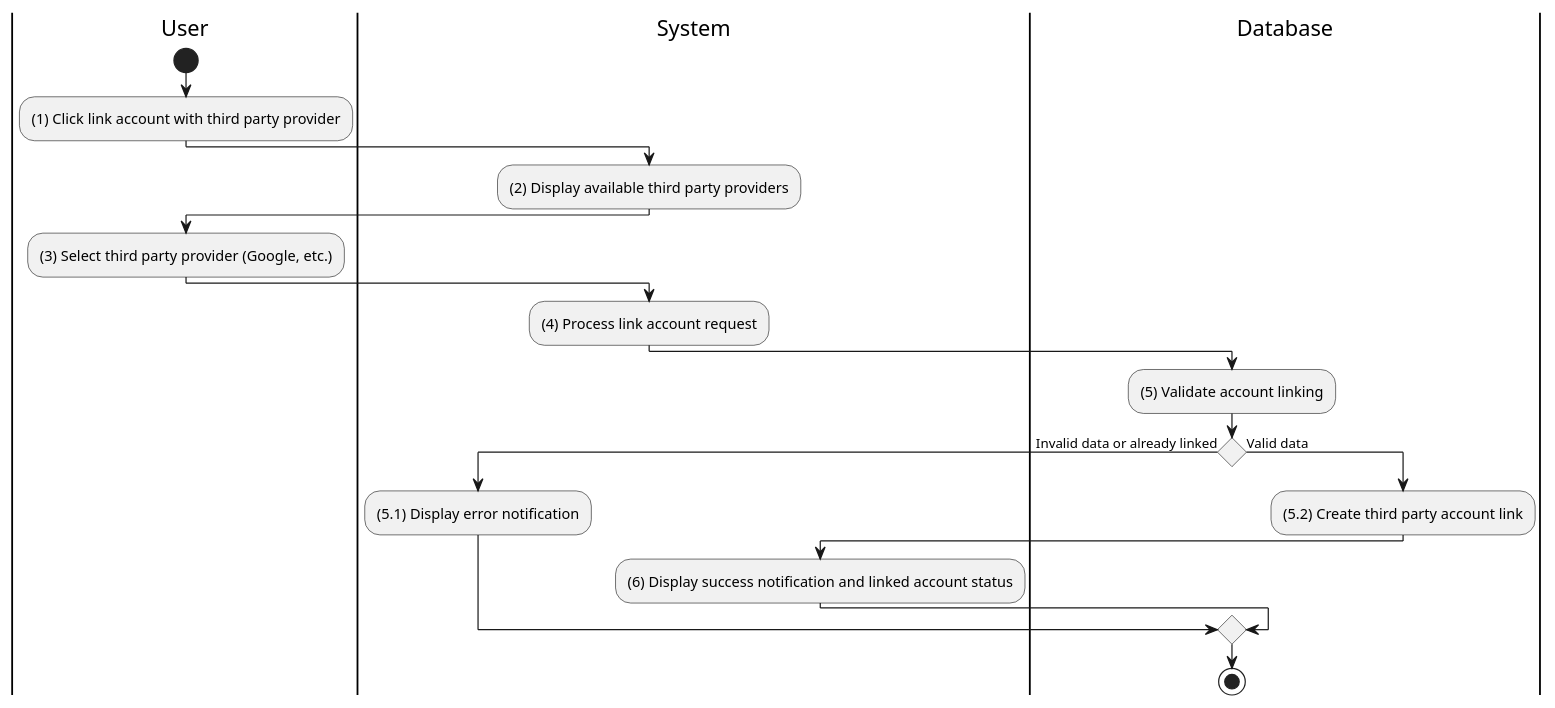
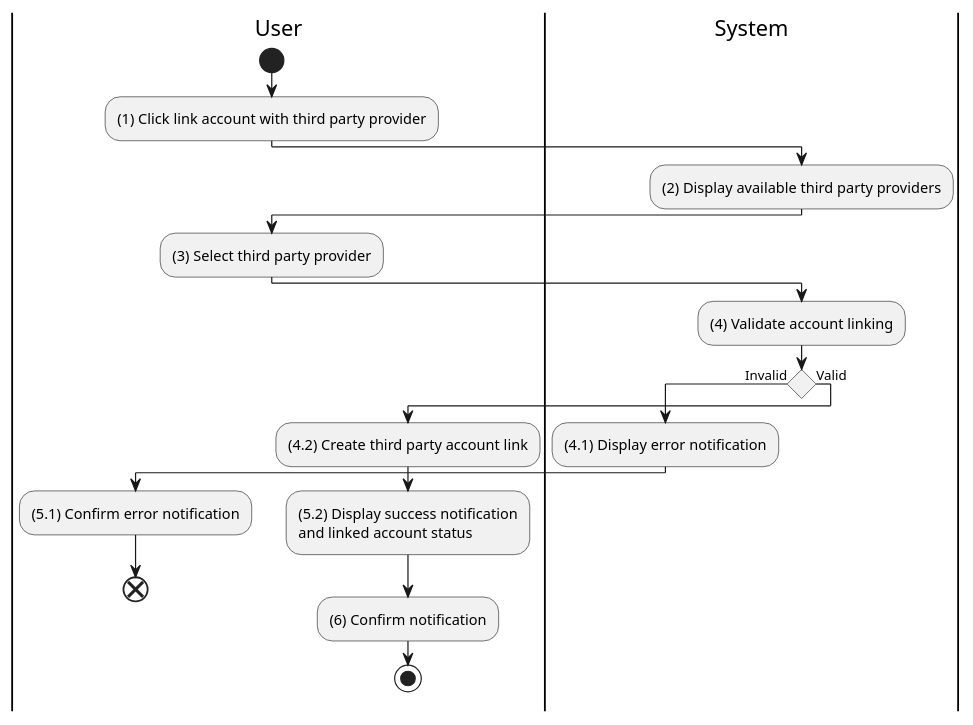
One commit to electricilies/electricilies.github.io changed the diagram in docs/software-docs/activity/manage-account/link-account-with-third-party.md. Above: the diagram before and after it, drawn with PlantUML. The commit also changed 47 other files, not shown here.

````diff
--- a/docs/software-docs/activity/manage-account/link-account-with-third-party.md
+++ b/docs/software-docs/activity/manage-account/link-account-with-third-party.md
@@ -3,31 +3,29 @@
 ```plantuml
 @startuml
 |U|User
 |S|System
-|D|Database
 
 |U|
 start
 :(1) Click link account with third party provider;
 |S|
 :(2) Display available third party providers;
 |U|
-:(3) Select third party provider (Google, etc.);
+:(3) Select third party provider;
 |S|
-:(4) Process link account request;
-|D|
-:(5) Validate account linking;
-if () then (Invalid data or already linked)
-  |S|
-  :(5.1) Display error notification;
-else (Valid data)
-  |D|
-  :(5.2) Create third party account link;
-  |S|
-  :(6) Display success notification and linked account status;
+:(4) Validate account linking;
+if () then (Invalid)
+  :(4.1) Display error notification;
+  |U|
+  :(5.1) Confirm error notification;
+  end
+else (Valid)
+  :(4.2) Create third party account link;
+  :(5.2) Display success notification 
+and linked account status;
+  |U|
+  :(6) Confirm notification;
+  stop
 endif
-|D|
-stop
-
 @enduml
 ```
````
